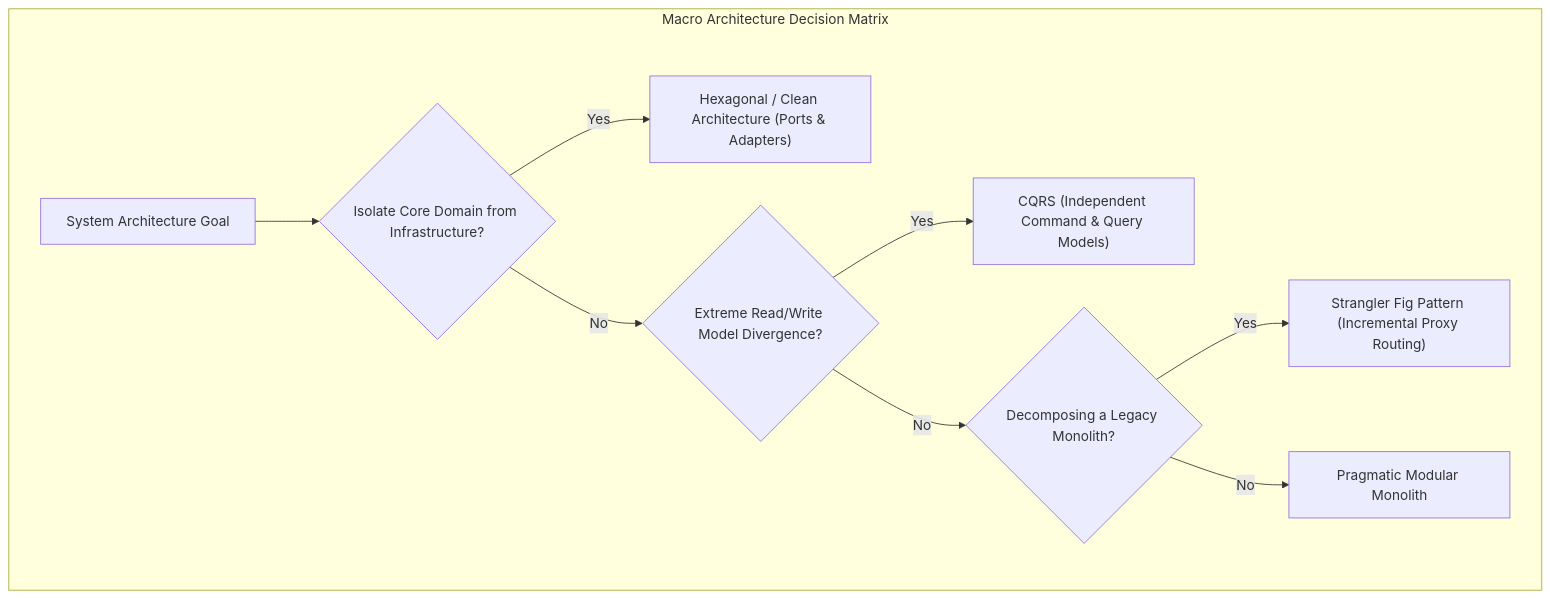
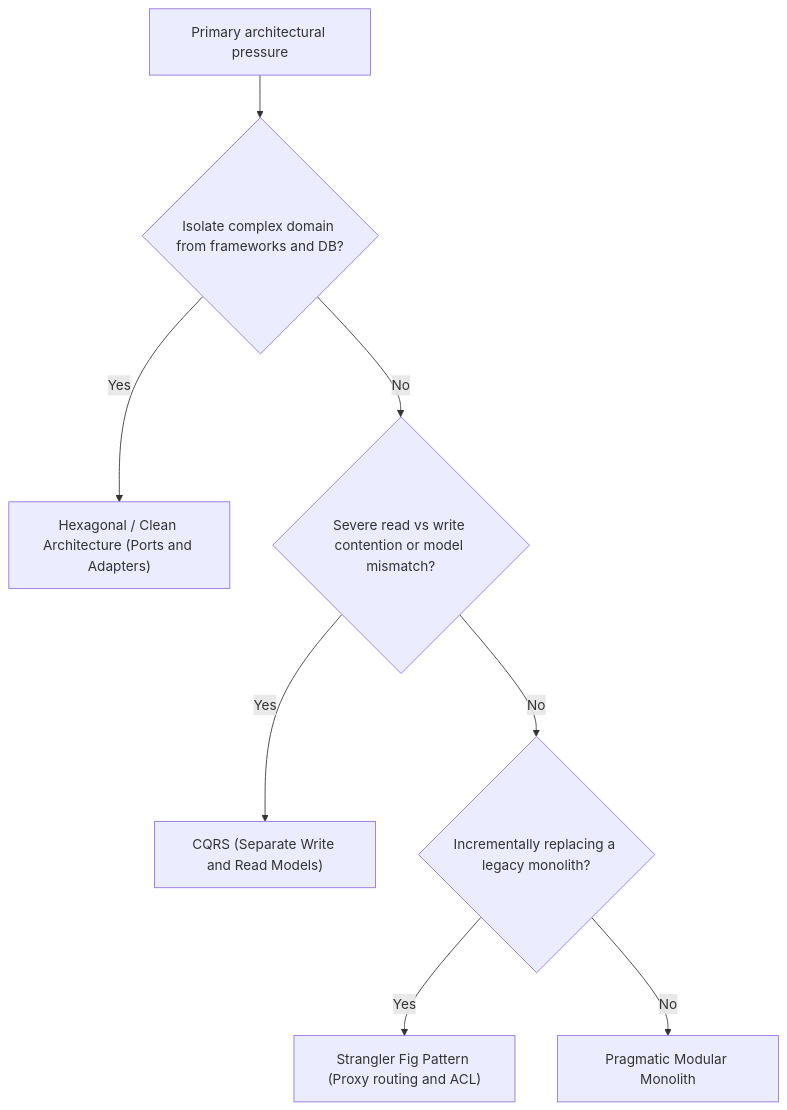
Before and after one commit to ravishankar2463/java_hub: the first of 5 diagrams in content/roadmap/level-6/architectural-patterns.md, drawn with Mermaid. The commit also changed other lines of this file and 119 other files, not shown here.

Commit message:
feat: add comprehensive java learning roadmap content across multiple levels

````diff
--- a/content/roadmap/level-6/architectural-patterns.md
+++ b/content/roadmap/level-6/architectural-patterns.md
@@ -20,15 +22,13 @@
 ```mermaid
 flowchart TD
-    subgraph "Macro Architecture Decision Matrix"
-        Need["System Architecture Goal"] --> Q1{"Isolate Core Domain from Infrastructure?"}
-        
-        Q1 -->|"Yes"| HA["Hexagonal / Clean Architecture (Ports & Adapters)"]
-        Q1 -->|"No"| Q2{"Extreme Read/Write Model Divergence?"}
-        
-        Q2 -->|"Yes"| CQRS["CQRS (Independent Command & Query Models)"]
-        Q2 -->|"No"| Q3{"Decomposing a Legacy Monolith?"}
-        
-        Q3 -->|"Yes"| SF["Strangler Fig Pattern (Incremental Proxy Routing)"]
-        Q3 -->|"No"| Layered["Pragmatic Modular Monolith"]
-    end
+    Need["Primary architectural pressure"] --> Q1{"Isolate complex domain from frameworks and DB?"}
+
+    Q1 -->|"Yes"| HA["Hexagonal / Clean Architecture (Ports and Adapters)"]
+    Q1 -->|"No"| Q2{"Severe read vs write contention or model mismatch?"}
+
+    Q2 -->|"Yes"| CQRS["CQRS (Separate Write and Read Models)"]
+    Q2 -->|"No"| Q3{"Incrementally replacing a legacy monolith?"}
+
+    Q3 -->|"Yes"| SF["Strangler Fig Pattern (Proxy routing and ACL)"]
+    Q3 -->|"No"| Mono["Pragmatic Modular Monolith"]
 ```
````
